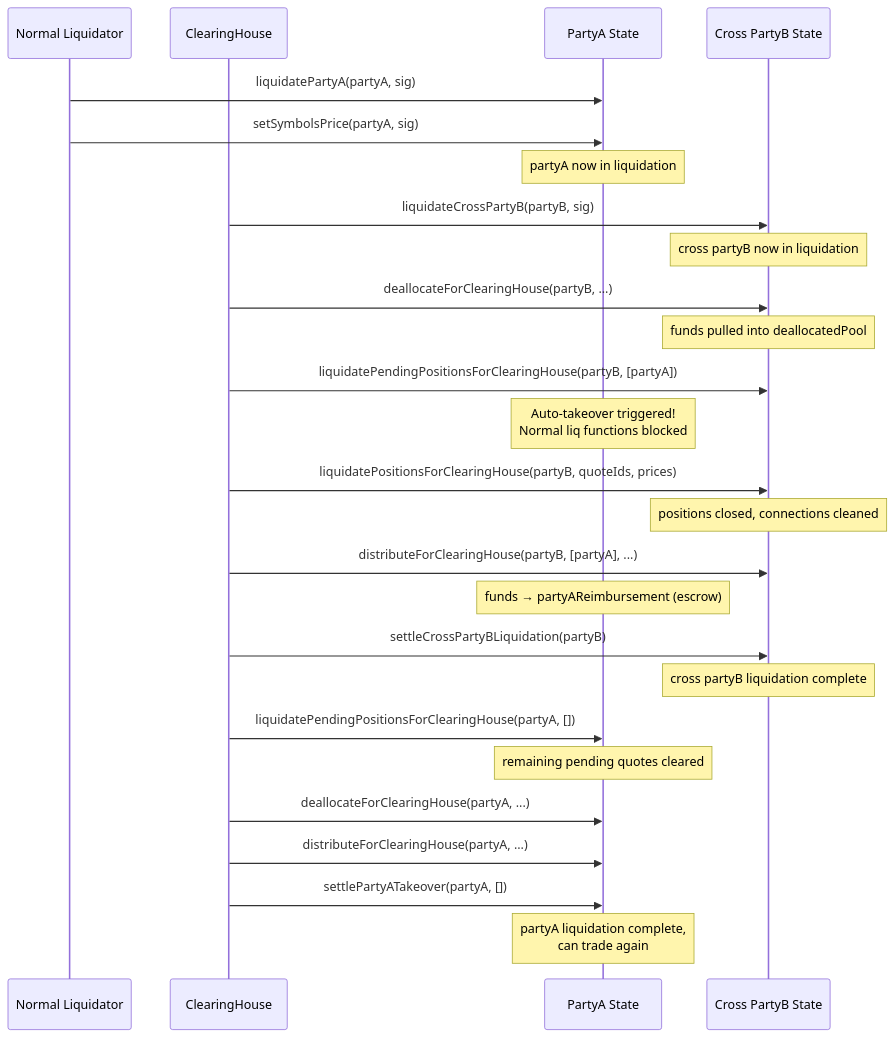
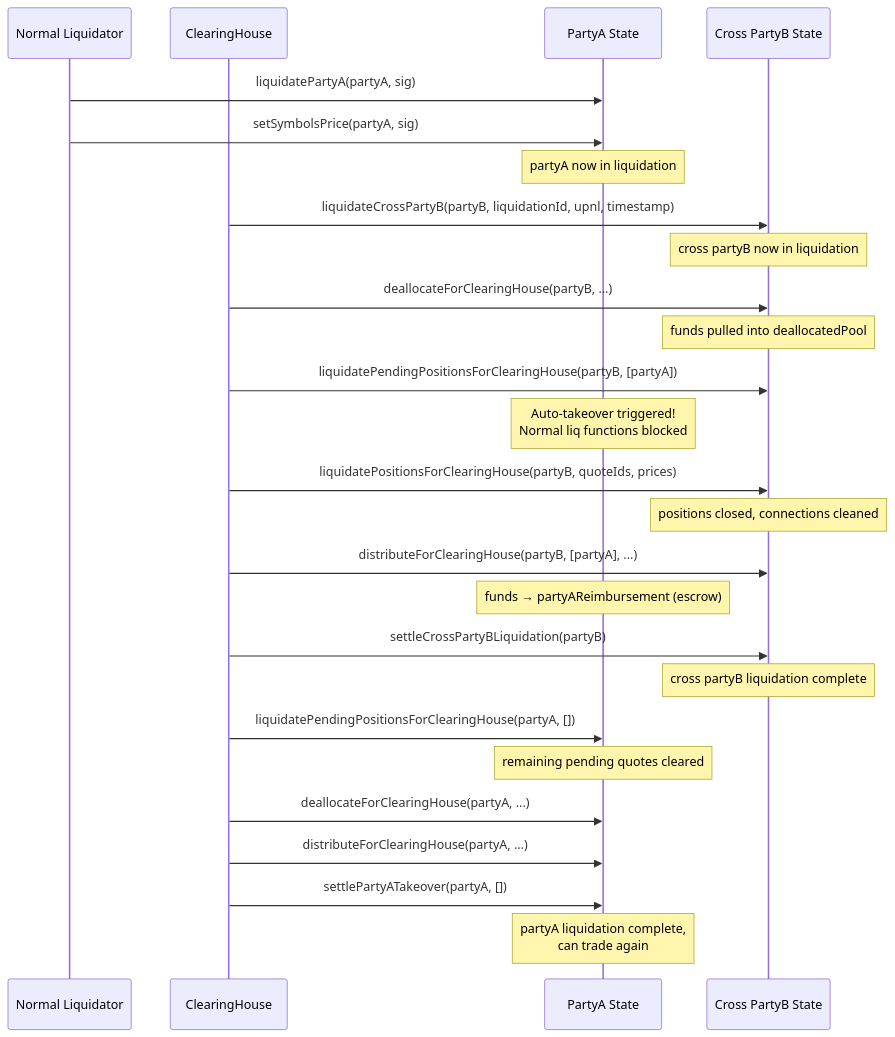
Before and after one commit to SYMM-IO/perps-core: the fourth of 4 diagrams in docs/ClearingHouse.md, drawn with Mermaid. The commit also changed other lines of this file and 13 other files, not shown here.

First line of the commit message:
fix(clearinghouse): remove CrossLiquidationSig and add missing partyB liquidation guard on chargeFundingRate

````diff
--- a/docs/ClearingHouse.md
+++ b/docs/ClearingHouse.md
@@ -264,38 +264,38 @@
 ```mermaid
 sequenceDiagram
     participant L as Normal Liquidator
     participant CH as ClearingHouse
     participant PA as PartyA State
     participant PB as Cross PartyB State
 
     L->>PA: liquidatePartyA(partyA, sig)
     L->>PA: setSymbolsPrice(partyA, sig)
     Note over PA: partyA now in liquidation
 
-    CH->>PB: liquidateCrossPartyB(partyB, sig)
+    CH->>PB: liquidateCrossPartyB(partyB, liquidationId, upnl, timestamp)
     Note over PB: cross partyB now in liquidation
 
     CH->>PB: deallocateForClearingHouse(partyB, ...)
     Note over PB: funds pulled into deallocatedPool
 
     CH->>PB: liquidatePendingPositionsForClearingHouse(partyB, [partyA])
     Note over PA: Auto-takeover triggered!<br/>Normal liq functions blocked
 
     CH->>PB: liquidatePositionsForClearingHouse(partyB, quoteIds, prices)
     Note over PB: positions closed, connections cleaned
 
     CH->>PB: distributeForClearingHouse(partyB, [partyA], ...)
     Note over PA: funds → partyAReimbursement (escrow)
 
     CH->>PB: settleCrossPartyBLiquidation(partyB)
     Note over PB: cross partyB liquidation complete
 
     CH->>PA: liquidatePendingPositionsForClearingHouse(partyA, [])
     Note over PA: remaining pending quotes cleared
 
     CH->>PA: deallocateForClearingHouse(partyA, ...)
     CH->>PA: distributeForClearingHouse(partyA, ...)
 
     CH->>PA: settlePartyATakeover(partyA, [])
     Note over PA: partyA liquidation complete,<br/>can trade again
 ```
````
